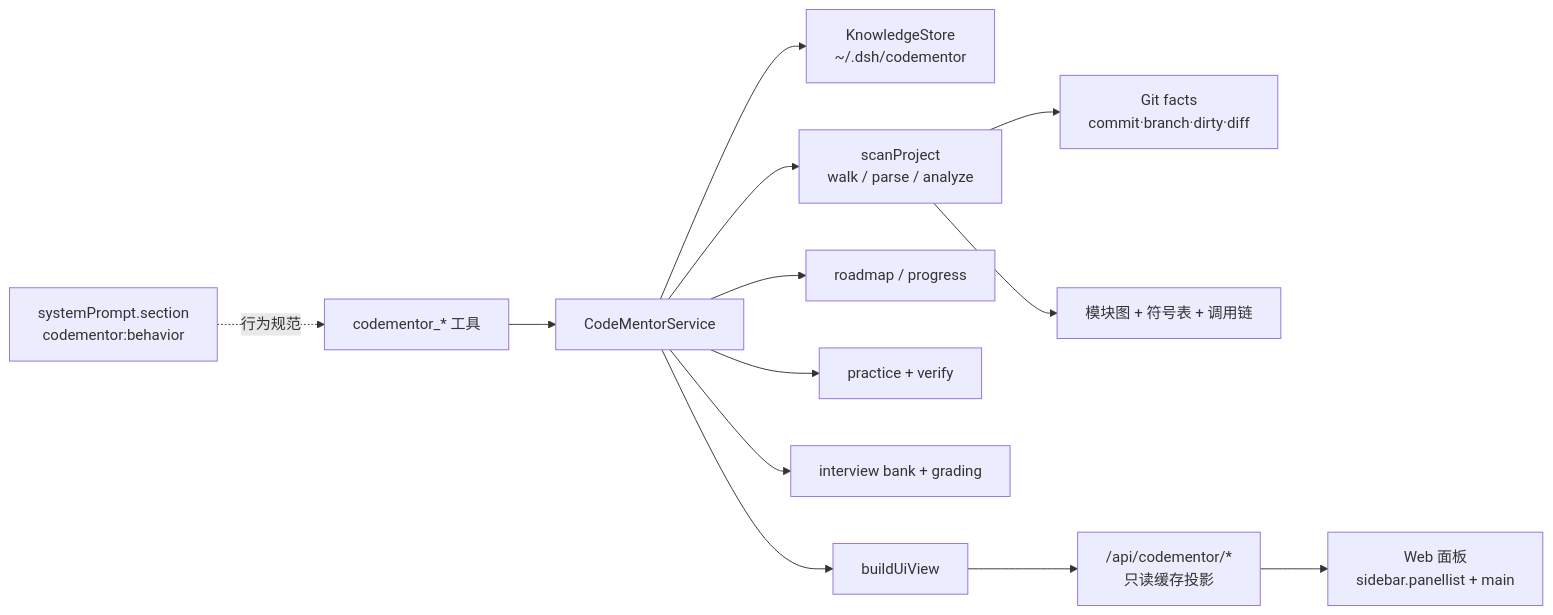
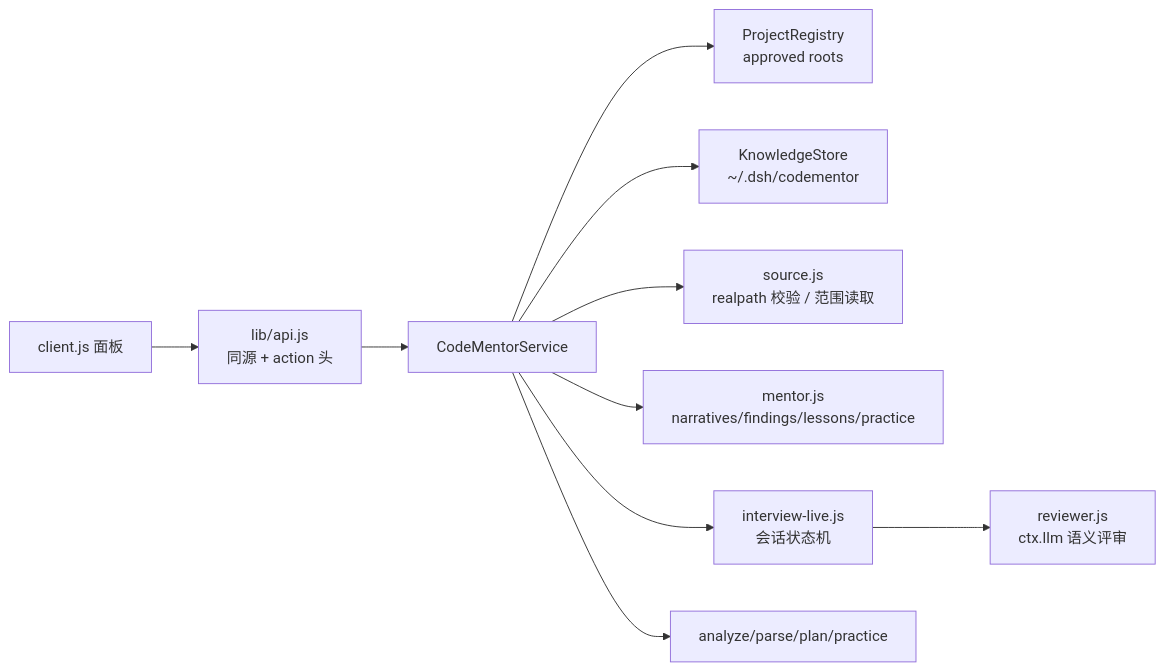
Before and after one commit to robotlover-1/codeMentor: the second of 2 diagrams in README.md, drawn with Mermaid. The commit also changed other lines of this file and 14 other files, not shown here.

First line of the commit message:
feat(v2): interactive project, source and interview loop

````diff
--- a/README.md
+++ b/README.md
@@ -57,15 +88,12 @@
 ```mermaid
 flowchart LR
-  A["codementor_* 工具"] --> S["CodeMentorService"]
+  UI["client.js 面板"] --> API["lib/api.js<br/>同源 + action 头"]
+  API --> S["CodeMentorService"]
+  S --> REG["ProjectRegistry<br/>approved roots"]
   S --> K["KnowledgeStore<br/>~/.dsh/codementor"]
-  S --> P["scanProject<br/>walk / parse / analyze"]
-  P --> G["Git facts<br/>commit·branch·dirty·diff"]
-  P --> M["模块图 + 符号表 + 调用链"]
-  S --> R["roadmap / progress"]
-  S --> L["practice + verify"]
-  S --> I["interview bank + grading"]
-  S --> U["buildUiView"]
-  U --> W["/api/codementor/*<br/>只读缓存投影"]
-  W --> C["Web 面板<br/>sidebar.panellist + main"]
-  B["systemPrompt.section<br/>codementor:behavior"] -.行为规范.-> A
+  S --> SRC["source.js<br/>realpath 校验 / 范围读取"]
+  S --> MENTOR["mentor.js<br/>narratives/findings/lessons/practice"]
+  S --> LIVE["interview-live.js<br/>会话状态机"]
+  LIVE --> REV["reviewer.js<br/>ctx.llm 语义评审"]
+  S --> ANALYSIS["analyze/parse/plan/practice"]
 ```
````
